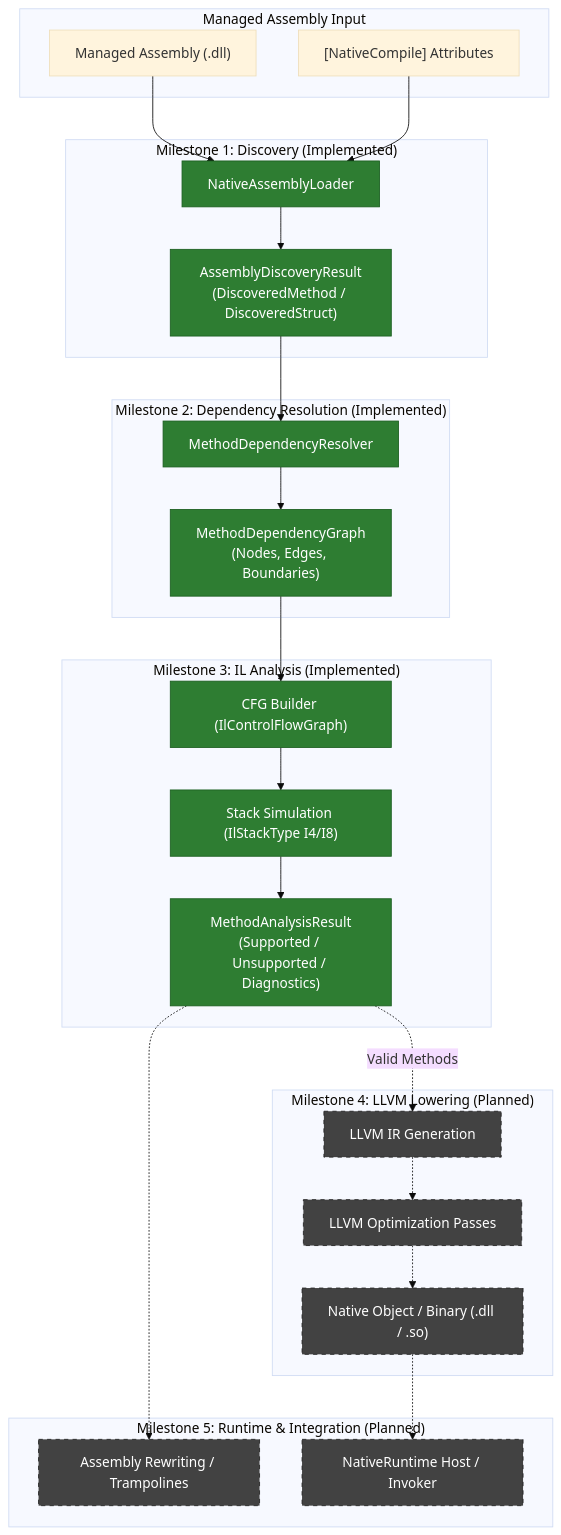
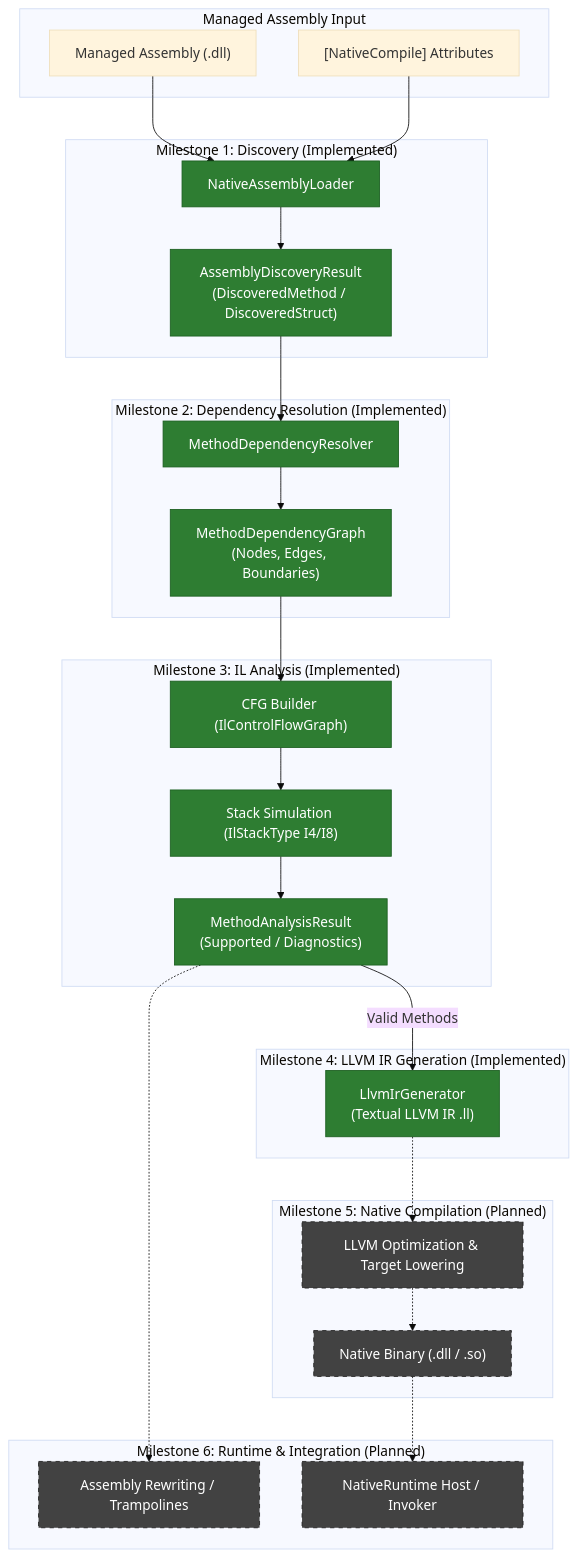
Before and after one commit to nyanworkz/Axiom.Native: the diagram in docs/overview.md, drawn with Mermaid (base theme). The commit also changed other lines of this file and 14 other files, not shown here.

````diff
--- a/docs/overview.md
+++ b/docs/overview.md
@@ -31,54 +31,57 @@
 ```mermaid
 flowchart TD
     subgraph Managed["Managed Assembly Input"]
         DLL["Managed Assembly (.dll)"]
         Attrs["[NativeCompile] Attributes"]
     end
 
     subgraph Milestone1["Milestone 1: Discovery (Implemented)"]
         NAL["NativeAssemblyLoader"]
         Roots["AssemblyDiscoveryResult<br/>(DiscoveredMethod / DiscoveredStruct)"]
     end
 
     subgraph Milestone2["Milestone 2: Dependency Resolution (Implemented)"]
         MDR["MethodDependencyResolver"]
         Graph["MethodDependencyGraph<br/>(Nodes, Edges, Boundaries)"]
     end
 
     subgraph Milestone3["Milestone 3: IL Analysis (Implemented)"]
         CFG["CFG Builder (IlControlFlowGraph)"]
         Sim["Stack Simulation (IlStackType I4/I8)"]
-        Result["MethodAnalysisResult<br/>(Supported / Unsupported / Diagnostics)"]
+        Result["MethodAnalysisResult<br/>(Supported / Diagnostics)"]
     end
 
-    subgraph Milestone4["Milestone 4: LLVM Lowering (Planned)"]
-        LLVMIR["LLVM IR Generation"]
-        LLVMOPT["LLVM Optimization Passes"]
-        OBJ["Native Object / Binary (.dll / .so)"]
+    subgraph Milestone4["Milestone 4: LLVM IR Generation (Implemented)"]
+        LLVMIR["LlvmIrGenerator<br/>(Textual LLVM IR .ll)"]
     end
 
-    subgraph Milestone5["Milestone 5: Runtime & Integration (Planned)"]
+    subgraph Milestone5["Milestone 5: Native Compilation (Planned)"]
+        LLVMOPT["LLVM Optimization & Target Lowering"]
+        OBJ["Native Binary (.dll / .so)"]
+    end
+
+    subgraph Milestone6["Milestone 6: Runtime & Integration (Planned)"]
         Rewrite["Assembly Rewriting / Trampolines"]
         Runtime["NativeRuntime Host / Invoker"]
     end
 
     DLL --> NAL
     Attrs --> NAL
     NAL --> Roots
     Roots --> MDR
     MDR --> Graph
     Graph --> CFG
     CFG --> Sim
     Sim --> Result
-    Result -.->|Valid Methods| LLVMIR
+    Result -->|Valid Methods| LLVMIR
     LLVMIR -.-> LLVMOPT
     LLVMOPT -.-> OBJ
     OBJ -.-> Runtime
     Result -.-> Rewrite
 
     classDef implemented fill:#2e7d32,stroke:#1b5e20,color:#fff;
     classDef planned fill:#424242,stroke:#212121,stroke-dasharray: 5 5,color:#fff;
 
-    class NAL,Roots,MDR,Graph,CFG,Sim,Result implemented;
-    class LLVMIR,LLVMOPT,OBJ,Rewrite,Runtime planned;
+    class NAL,Roots,MDR,Graph,CFG,Sim,Result,LLVMIR implemented;
+    class LLVMOPT,OBJ,Rewrite,Runtime planned;
 ```
````
